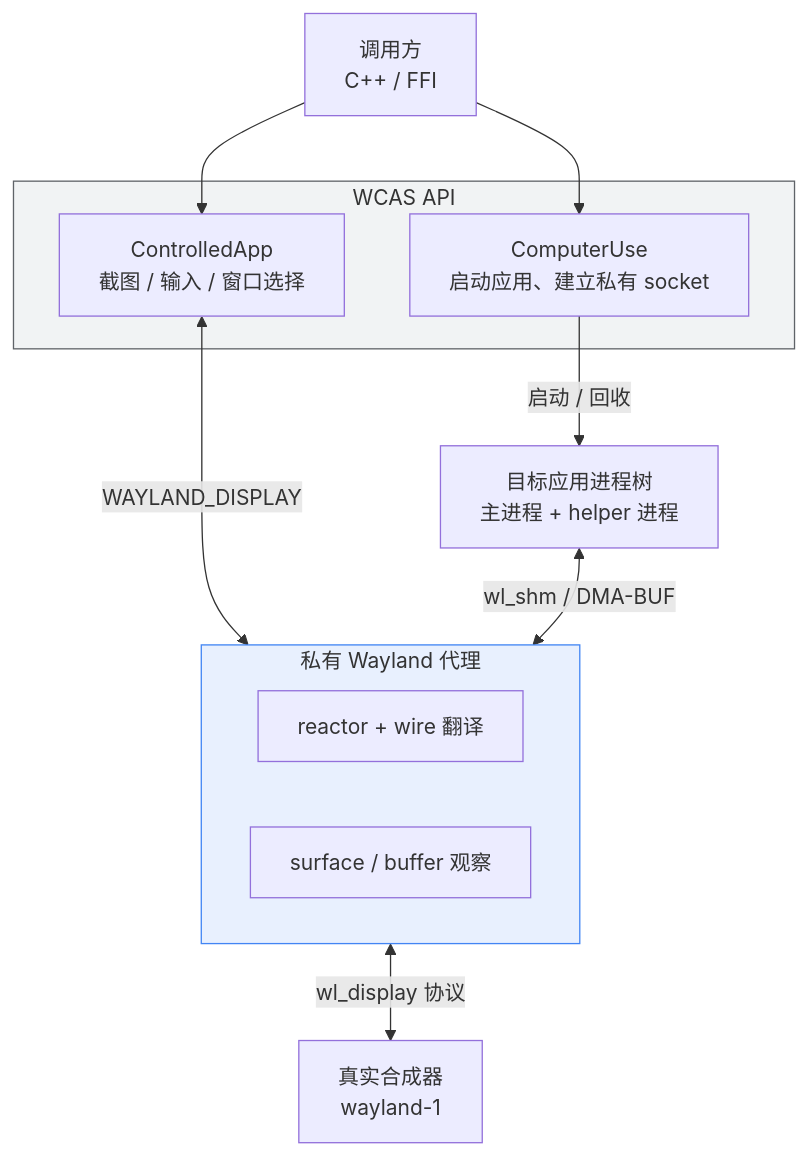
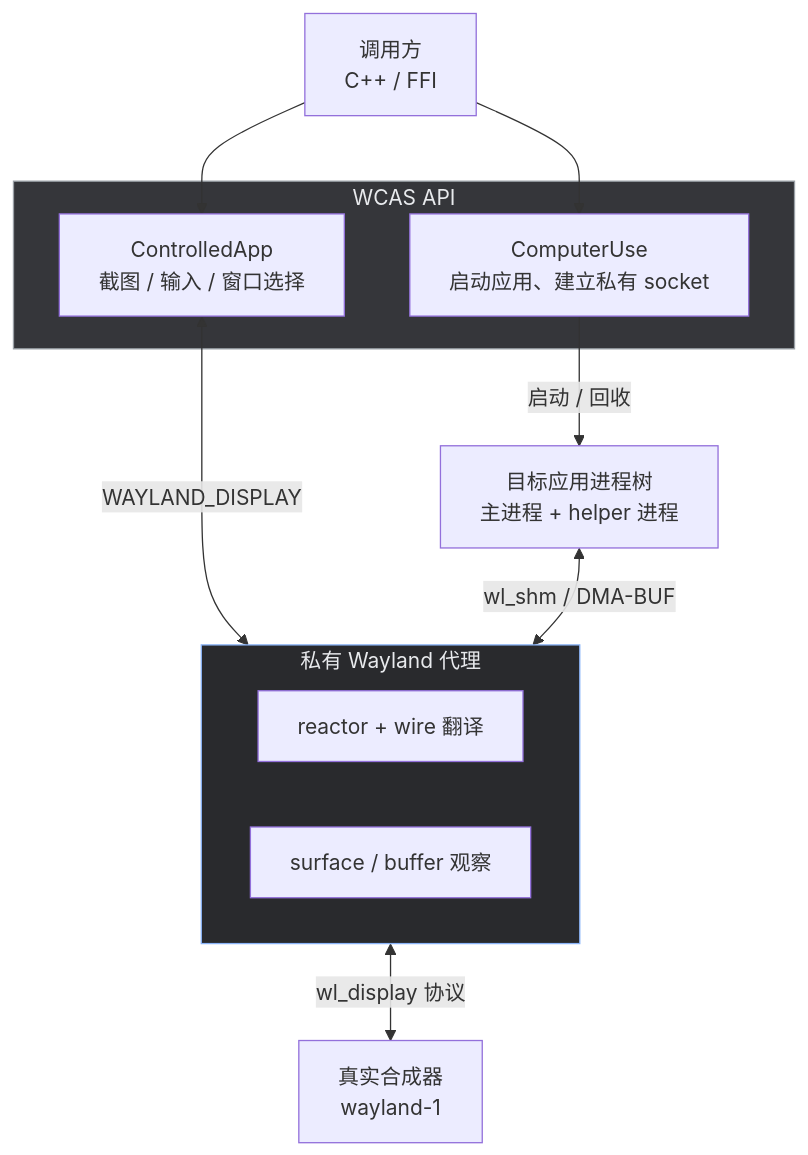
Before and after one commit to Sukanle/WCAS: the diagram in README.md, drawn with Mermaid.

Commit message:
docs: Mermaid 架构图改用深色主题
- 增加 init 指令指定 dark 主题，fontColor / primaryTextColor 设为浅色 #E8EAED
- 同步设置 lineColor、clusterBkg 与 clusterBorder，使连线与 subgraph 背景适配深色
- style 语句改为深色填充配浅色描边与文字，避免文字与背景混淆

````diff
--- a/README.md
+++ b/README.md
@@ -67,27 +67,27 @@
 ```mermaid
 flowchart TB
     caller["调用方<br/>C++ / FFI"]
 
     subgraph api["WCAS API"]
         cu["ComputerUse<br/>启动应用、建立私有 socket"]
         ca["ControlledApp<br/>截图 / 输入 / 窗口选择"]
     end
 
     subgraph proxy["私有 Wayland 代理"]
         p1["reactor + wire 翻译"]
         p2["surface / buffer 观察"]
     end
 
     compositor["真实合成器<br/>wayland-1"]
     app["目标应用进程树<br/>主进程 + helper 进程"]
 
     caller --> cu
     caller --> ca
     cu -->|"启动 / 回收"| app
     ca <-->|"WAYLAND_DISPLAY"| proxy
     proxy <-->|"wl_display 协议"| compositor
     app <-->|"wl_shm / DMA-BUF"| proxy
 
-    style proxy fill:#e8f0fe,stroke:#4285f4
-    style api fill:#f1f3f4,stroke:#5f6368
+    style proxy fill:#292A2D,stroke:#8AB4F8,color:#E8EAED
+    style api fill:#35363A,stroke:#9AA0A6,color:#E8EAED
 ```
````
